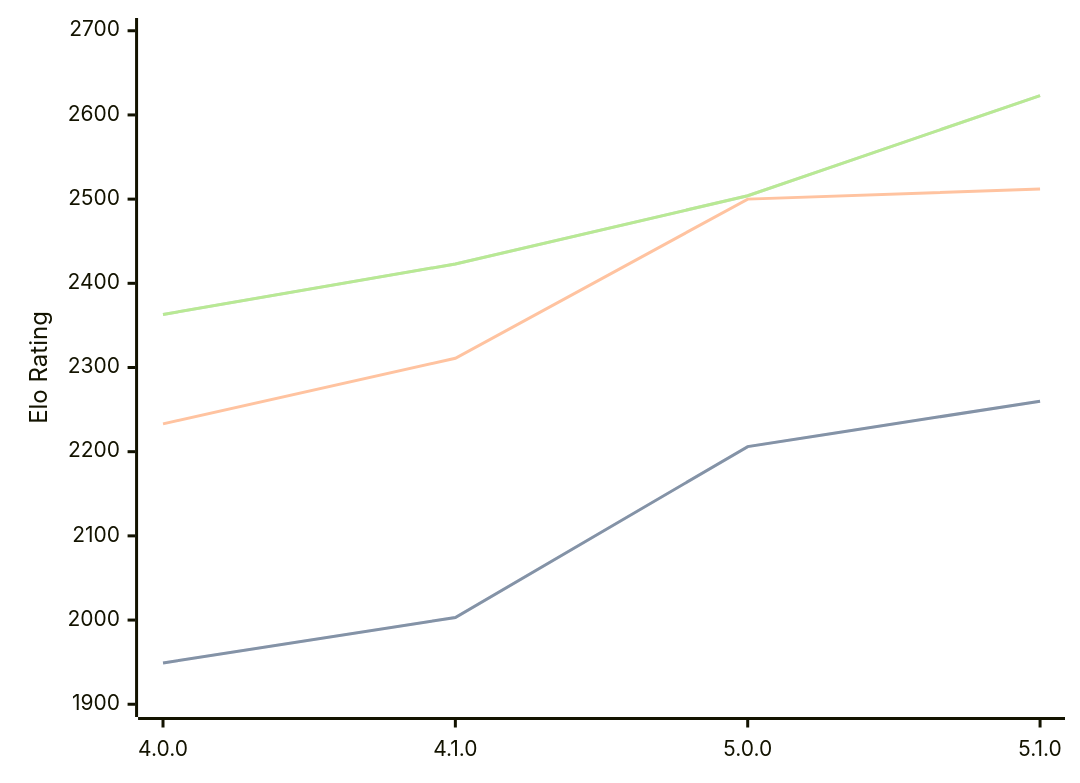
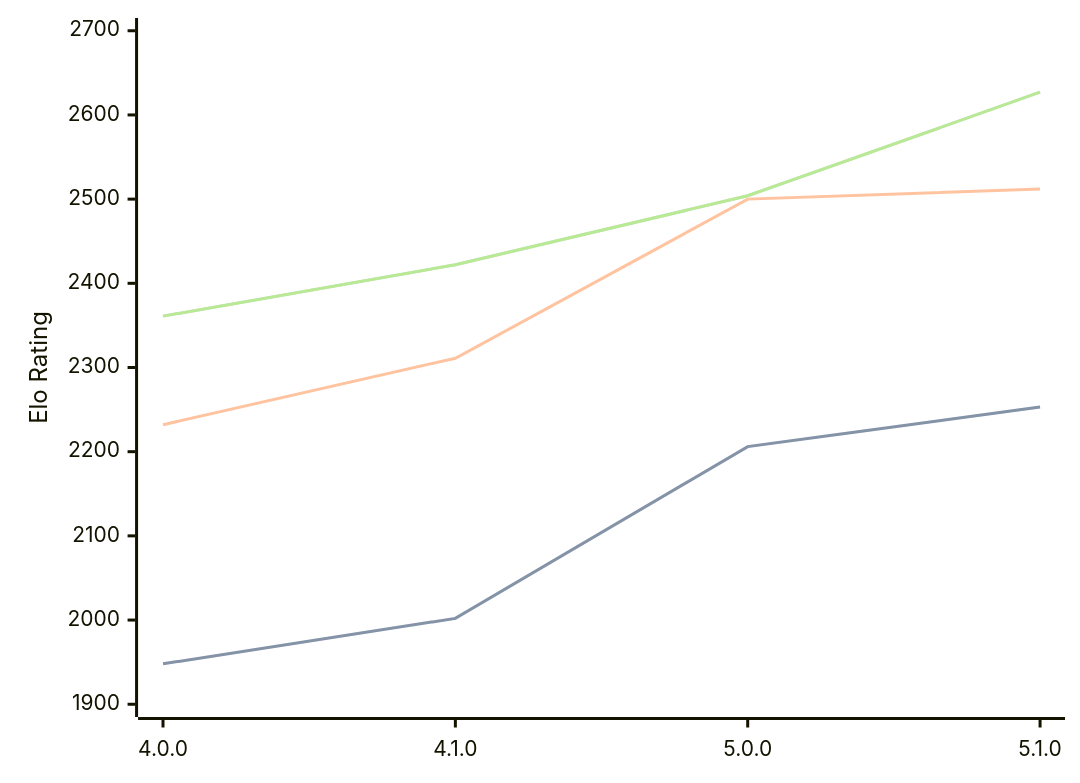
Before and after one commit to computer-chess-index/cci: the diagram in engines/Aconcagua.md, drawn with Mermaid. The commit also changed other lines of this file, not shown here.

Commit message:
Update CCI Ratings (ELO VLTC) - 2026-03-05

````diff
--- a/engines/Aconcagua.md
+++ b/engines/Aconcagua.md
@@ -41,11 +41,11 @@
 ```mermaid
 %%{init: {"theme":"base","themeVariables":{"seriesColors:['#a3a3a3','#222221','#faa371']}}}%%
 xychart-beta
   x-axis ["4.0.0", "4.1.0", "5.0.0", "5.1.0"]
   y-axis "Elo Rating" 1900 --> 2700
-  line "STC (8.0+0.08s)" [1949, 2003, 2206, 2260]
-  line "STC (8.0+0.08s)" [1949, 2003, 2206, 2260]
-  line "LTC (60.0+0.60s)" [2233, 2311, 2500, 2512]
-  line "VLTC (2m24s+1.12s)" [2363, 2423, 2504, 2623]
-  line "VLTC (2m24s+1.12s)" [2363, 2423, 2504, 2623]
+  line "STC (8.0+0.08s)" [1948, 2002, 2206, 2253]
+  line "STC (8.0+0.08s)" [1948, 2002, 2206, 2253]
+  line "LTC (60.0+0.60s)" [2232, 2311, 2500, 2512]
+  line "VLTC (2m24s+1.12s)" [2361, 2422, 2504, 2627]
+  line "VLTC (2m24s+1.12s)" [2361, 2422, 2504, 2627]
 ```
````
